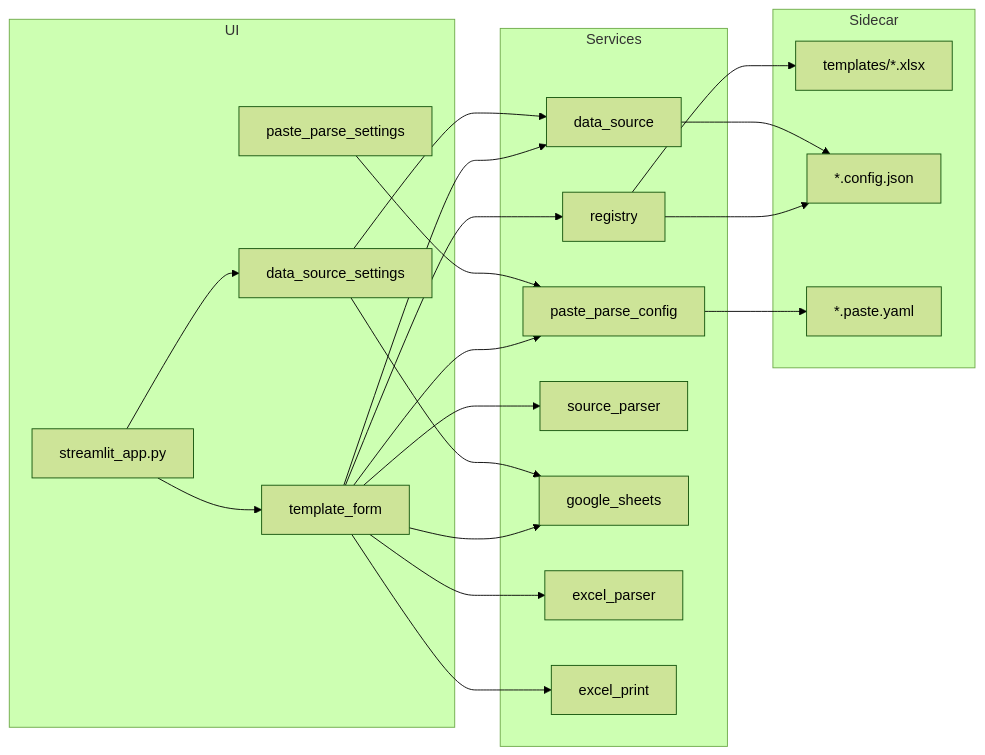
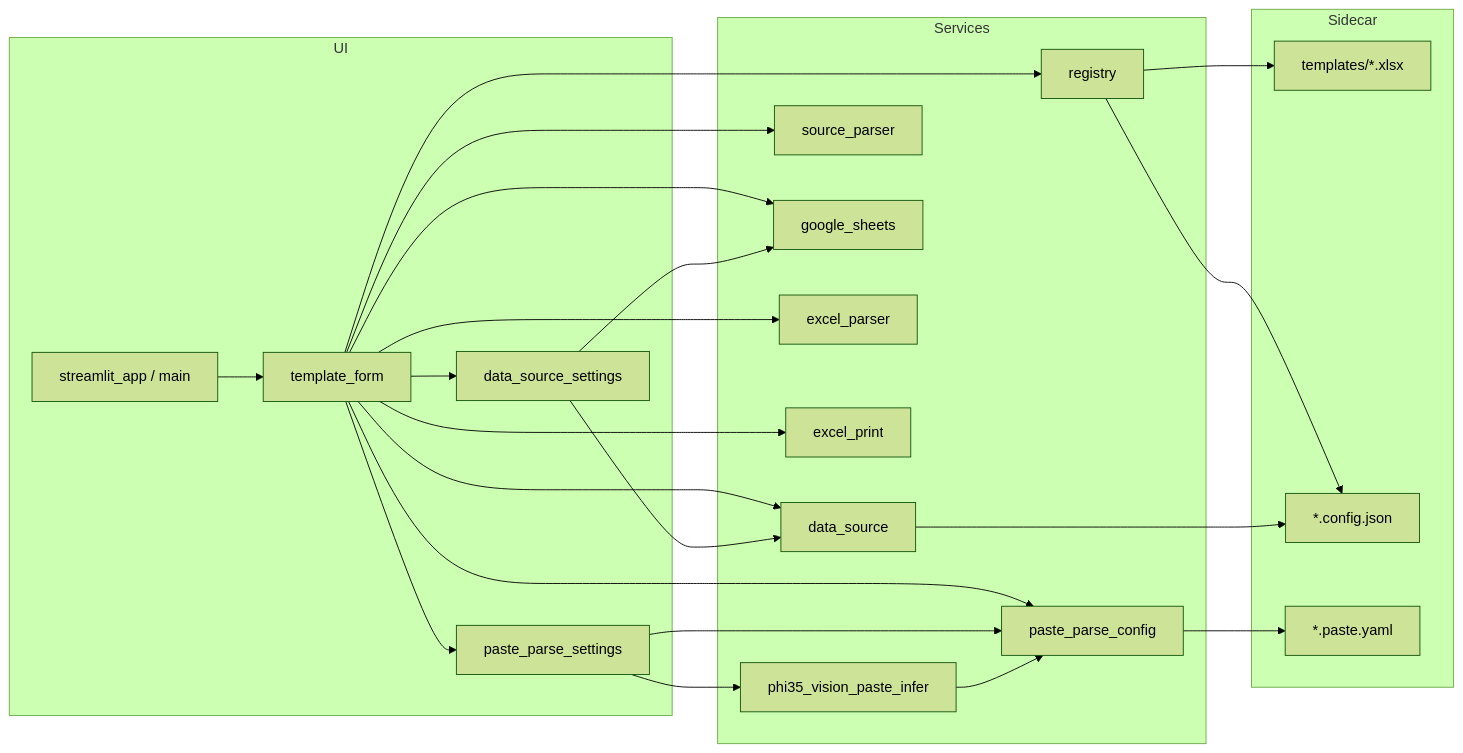
One commit to gostnort/excel-template-viz changed the diagram in plans/CODEGRAPH_OVERVIEW.md. Above: the diagram before and after it, drawn with Mermaid (forest theme). The commit also changed other lines of this file and 10 other files, not shown here.

````diff
--- a/plans/CODEGRAPH_OVERVIEW.md
+++ b/plans/CODEGRAPH_OVERVIEW.md
@@ -60,39 +72,43 @@
 ```mermaid
 flowchart LR
     subgraph UI
-        A[streamlit_app.py]
+        A[streamlit_app / main]
         B[template_form]
+        P[paste_parse_settings]
         C[data_source_settings]
-        P[paste_parse_settings]
     end
     subgraph Sidecar
         T["templates/*.xlsx"]
         J["*.config.json"]
         Y["*.paste.yaml"]
     end
     subgraph Services
         R[registry]
         DS[data_source]
         PPC[paste_parse_config]
         SP[source_parser]
         GS[google_sheets]
         EP[excel_parser]
         EX[excel_print]
+        VI[phi35_vision_paste_infer]
     end
     A --> B
-    A --> C
+    B --> P
+    B --> C
     B --> R
     B --> DS
     B --> PPC
     B --> SP
     B --> GS
     B --> EP
     B --> EX
+    P --> VI
     P --> PPC
+    VI --> PPC
     C --> DS
     C --> GS
     R --> T
     R --> J
     PPC --> Y
     DS --> J
 ```
````
